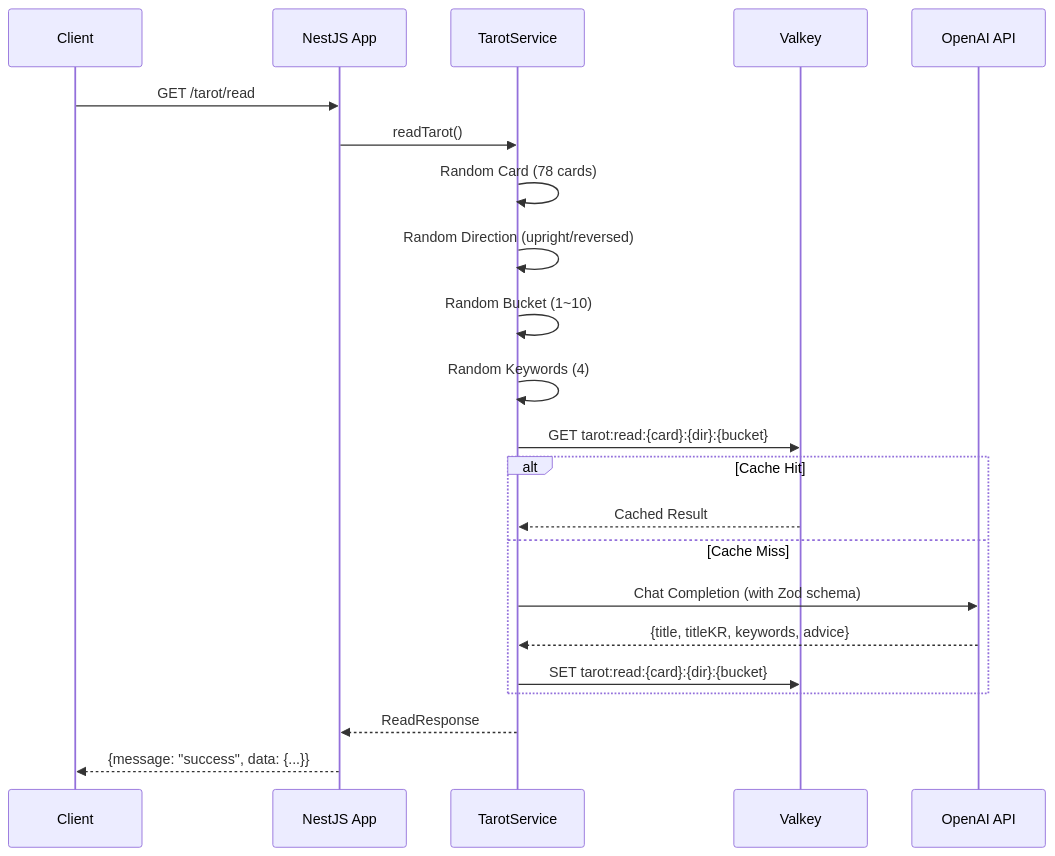
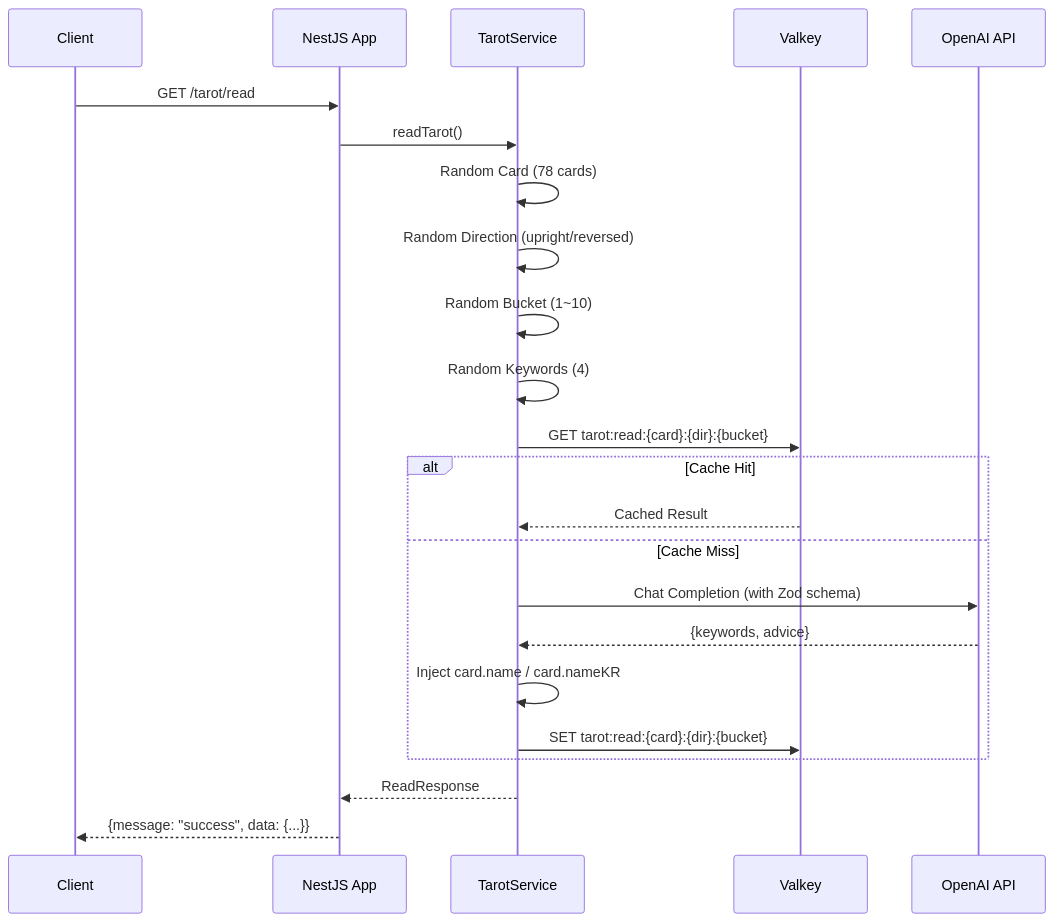
Before and after one commit to mandacode-labs/tarot-nest: the second of 2 diagrams in README.md, drawn with Mermaid. The commit also changed 5 other files, not shown here.

First line of the commit message:
refactor: remove title/titleKR from LLM response schema

````diff
--- a/README.md
+++ b/README.md
@@ -46,29 +46,30 @@
 ```mermaid
 sequenceDiagram
     participant Client
     participant App as NestJS App
     participant Service as TarotService
     participant Cache as Valkey
     participant AI as OpenAI API
 
     Client->>App: GET /tarot/read
     App->>Service: readTarot()
 
     Service->>Service: Random Card (78 cards)
     Service->>Service: Random Direction (upright/reversed)
     Service->>Service: Random Bucket (1~10)
     Service->>Service: Random Keywords (4)
 
     Service->>Cache: GET tarot:read:{card}:{dir}:{bucket}
 
     alt Cache Hit
         Cache-->>Service: Cached Result
     else Cache Miss
         Service->>AI: Chat Completion (with Zod schema)
-        AI-->>Service: {title, titleKR, keywords, advice}
+        AI-->>Service: {keywords, advice}
+        Service->>Service: Inject card.name / card.nameKR
         Service->>Cache: SET tarot:read:{card}:{dir}:{bucket}
     end
 
     Service-->>App: ReadResponse
     App-->>Client: {message: "success", data: {...}}
 ```
````
